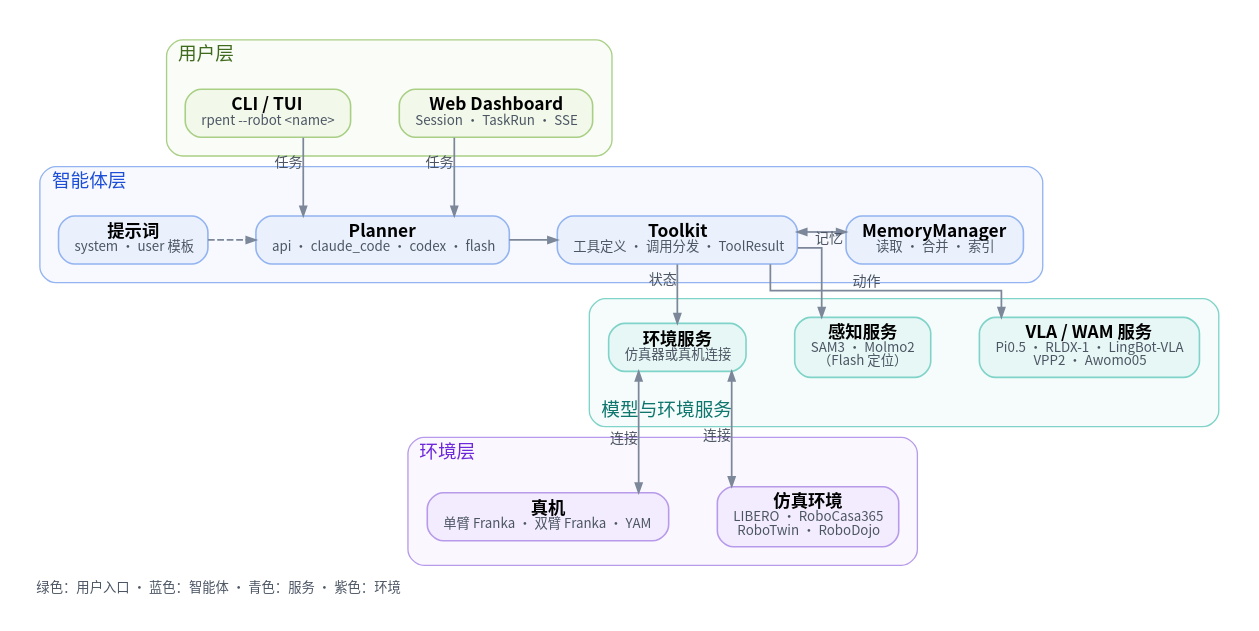
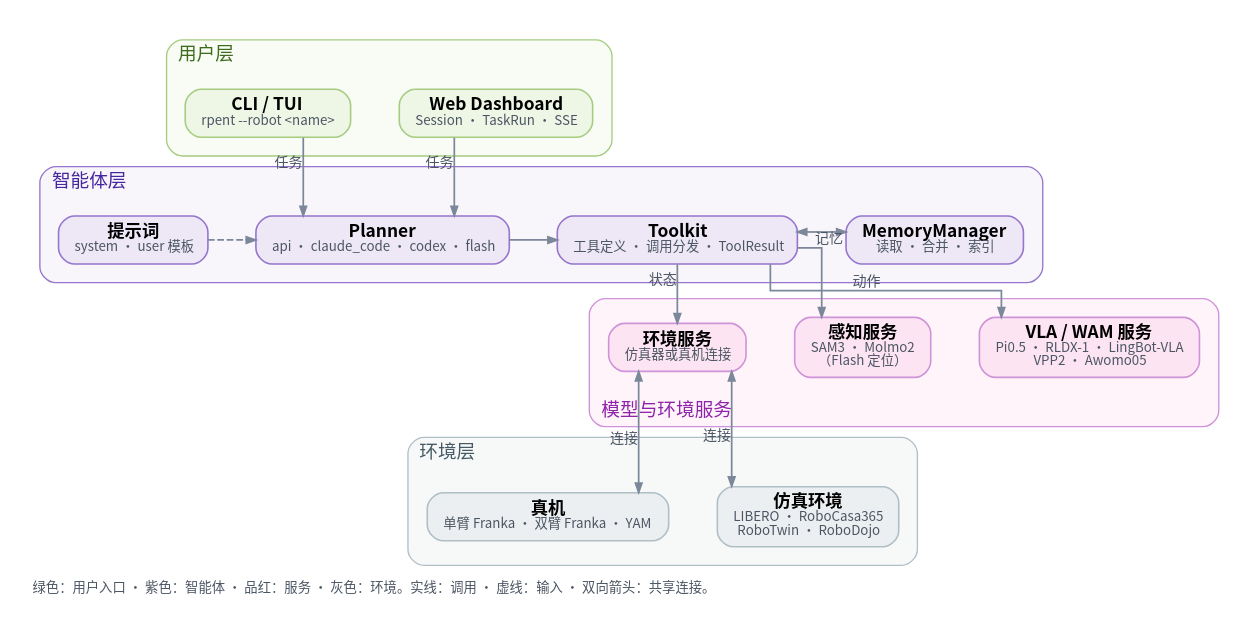
Before and after one commit to qurakchin/RPent: the diagram in docs/_diagrams/architecture-zh.dot, drawn with Graphviz. The commit also changed 91 other files, not shown here.

```diff
--- a/docs/_diagrams/architecture-zh.dot
+++ b/docs/_diagrams/architecture-zh.dot
@@ -1,64 +1,64 @@
 digraph architecture {
   graph [rankdir=TB, splines=ortho, nodesep=0.50, ranksep=0.55, pad=0.20,
          newrank=true, fontname="Hiragino Sans GB,Noto Sans CJK SC,sans-serif", bgcolor="white",
-         label="绿色：用户入口 · 蓝色：智能体 · 青色：服务 · 紫色：环境", labelloc="b", labeljust="l", fontsize=10,
+         label="绿色：用户入口 · 紫色：智能体 · 品红：服务 · 灰色：环境。实线：调用 · 虚线：输入 · 双向箭头：共享连接。", labelloc="b", labeljust="l", fontsize=10,
          fontcolor="#4b5563"];
   node [shape=box, style="rounded,filled", fontname="Hiragino Sans GB,Noto Sans CJK SC,sans-serif", fontsize=12,
         margin="0.16,0.09", penwidth=1.2];
   edge [color="#7c889a", penwidth=1.3, arrowsize=0.7, fontname="Hiragino Sans GB,Noto Sans CJK SC,sans-serif",
         fontsize=10.5, fontcolor="#4b5563"];
 
   subgraph cluster_user {
     label="用户层"; labeljust="l"; labelloc="t";
     fontsize=14; margin=14;
     fontcolor="#3f6b1f"; style="rounded,filled";
-    fillcolor="#f2f8ea66"; color="#a9cf85";
+    fillcolor="#eef7e666"; color="#a5cc7f";
 {rank=same; dashboard; cli;}
-  dashboard [label=<<FONT POINT-SIZE="13"><B>Web Dashboard</B></FONT><BR/><FONT POINT-SIZE="10" COLOR="#4b5563">Session · TaskRun · SSE</FONT>>, fillcolor="#f2f8ea", color="#a9cf85"];
-  cli [label=<<FONT POINT-SIZE="13"><B>CLI / TUI</B></FONT><BR/><FONT POINT-SIZE="10" COLOR="#4b5563">rpent --robot &lt;name&gt;</FONT>>, fillcolor="#f2f8ea", color="#a9cf85"];
+  dashboard [label=<<FONT POINT-SIZE="13"><B>Web Dashboard</B></FONT><BR/><FONT POINT-SIZE="10" COLOR="#4b5563">Session · TaskRun · SSE</FONT>>, fillcolor="#eef7e6", color="#a5cc7f"];
+  cli [label=<<FONT POINT-SIZE="13"><B>CLI / TUI</B></FONT><BR/><FONT POINT-SIZE="10" COLOR="#4b5563">rpent --robot &lt;name&gt;</FONT>>, fillcolor="#eef7e6", color="#a5cc7f"];
   }
 
   subgraph cluster_agent {
     label="智能体层"; labeljust="l"; labelloc="t";
     fontsize=14; margin=14;
-    fontcolor="#1d4ed8"; style="rounded,filled";
-    fillcolor="#eaf1fd66"; color="#93b4f0";
+    fontcolor="#4527a0"; style="rounded,filled";
+    fillcolor="#ede7f666"; color="#9575cd";
 {rank=same; prompts; planner; toolkit; memory;}
-  prompts [label=<<FONT POINT-SIZE="13"><B>提示词</B></FONT><BR/><FONT POINT-SIZE="10" COLOR="#4b5563">system · user 模板</FONT>>, fillcolor="#eaf1fd", color="#93b4f0"];
-  planner [label=<<FONT POINT-SIZE="13"><B>Planner</B></FONT><BR/><FONT POINT-SIZE="10" COLOR="#4b5563">api · claude_code · codex · flash</FONT>>, fillcolor="#eaf1fd", color="#93b4f0"];
-  toolkit [label=<<FONT POINT-SIZE="13"><B>Toolkit</B></FONT><BR/><FONT POINT-SIZE="10" COLOR="#4b5563">工具定义 · 调用分发 · ToolResult</FONT>>, fillcolor="#eaf1fd", color="#93b4f0", group=spine];
-  memory [label=<<FONT POINT-SIZE="13"><B>MemoryManager</B></FONT><BR/><FONT POINT-SIZE="10" COLOR="#4b5563">读取 · 合并 · 索引</FONT>>, fillcolor="#eaf1fd", color="#93b4f0"];
+  prompts [label=<<FONT POINT-SIZE="13"><B>提示词</B></FONT><BR/><FONT POINT-SIZE="10" COLOR="#4b5563">system · user 模板</FONT>>, fillcolor="#ede7f6", color="#9575cd"];
+  planner [label=<<FONT POINT-SIZE="13"><B>Planner</B></FONT><BR/><FONT POINT-SIZE="10" COLOR="#4b5563">api · claude_code · codex · flash</FONT>>, fillcolor="#ede7f6", color="#9575cd"];
+  toolkit [label=<<FONT POINT-SIZE="13"><B>Toolkit</B></FONT><BR/><FONT POINT-SIZE="10" COLOR="#4b5563">工具定义 · 调用分发 · ToolResult</FONT>>, fillcolor="#ede7f6", color="#9575cd", group=spine];
+  memory [label=<<FONT POINT-SIZE="13"><B>MemoryManager</B></FONT><BR/><FONT POINT-SIZE="10" COLOR="#4b5563">读取 · 合并 · 索引</FONT>>, fillcolor="#ede7f6", color="#9575cd"];
   }
 
   subgraph cluster_service {
     label="模型与环境服务"; labeljust="l"; labelloc="b";
     fontsize=14; margin=14;
-    fontcolor="#0f766e"; style="rounded,filled";
-    fillcolor="#e7f7f566"; color="#7fd3c8";
+    fontcolor="#8e24aa"; style="rounded,filled";
+    fillcolor="#fce4f266"; color="#ce93d8";
 {rank=same; vla; perception; env_service;}
-  vla [label=<<FONT POINT-SIZE="13"><B>VLA / WAM 服务</B></FONT><BR/><FONT POINT-SIZE="10" COLOR="#4b5563">Pi0.5 · RLDX-1 · LingBot-VLA<BR/>VPP2 · Awomo05</FONT>>, fillcolor="#e7f7f5", color="#7fd3c8"];
-  perception [label=<<FONT POINT-SIZE="13"><B>感知服务</B></FONT><BR/><FONT POINT-SIZE="10" COLOR="#4b5563">SAM3 · Molmo2<BR/>（Flash 定位）</FONT>>, fillcolor="#e7f7f5", color="#7fd3c8"];
-  env_service [label=<<FONT POINT-SIZE="13"><B>环境服务</B></FONT><BR/><FONT POINT-SIZE="10" COLOR="#4b5563">仿真器或真机连接</FONT>>, fillcolor="#e7f7f5", color="#7fd3c8", group=spine];
+  vla [label=<<FONT POINT-SIZE="13"><B>VLA / WAM 服务</B></FONT><BR/><FONT POINT-SIZE="10" COLOR="#4b5563">Pi0.5 · RLDX-1 · LingBot-VLA<BR/>VPP2 · Awomo05</FONT>>, fillcolor="#fce4f2", color="#ce93d8"];
+  perception [label=<<FONT POINT-SIZE="13"><B>感知服务</B></FONT><BR/><FONT POINT-SIZE="10" COLOR="#4b5563">SAM3 · Molmo2<BR/>（Flash 定位）</FONT>>, fillcolor="#fce4f2", color="#ce93d8"];
+  env_service [label=<<FONT POINT-SIZE="13"><B>环境服务</B></FONT><BR/><FONT POINT-SIZE="10" COLOR="#4b5563">仿真器或真机连接</FONT>>, fillcolor="#fce4f2", color="#ce93d8", group=spine];
   }
 
   subgraph cluster_env {
     label="环境层"; labeljust="l"; labelloc="t";
     fontsize=14; margin=14;
-    fontcolor="#6d28d9"; style="rounded,filled";
-    fillcolor="#f3ecfe66"; color="#b79bea";
+    fontcolor="#455a64"; style="rounded,filled";
+    fillcolor="#eceff166"; color="#b0bec5";
 {rank=same; sims; real;}
-  sims [label=<<FONT POINT-SIZE="13"><B>仿真环境</B></FONT><BR/><FONT POINT-SIZE="10" COLOR="#4b5563">LIBERO · RoboCasa365<BR/>RoboTwin · RoboDojo</FONT>>, fillcolor="#f3ecfe", color="#b79bea"];
-  real [label=<<FONT POINT-SIZE="13"><B>真机</B></FONT><BR/><FONT POINT-SIZE="10" COLOR="#4b5563">单臂 Franka · 双臂 Franka · YAM</FONT>>, fillcolor="#f3ecfe", color="#b79bea"];
+  sims [label=<<FONT POINT-SIZE="13"><B>仿真环境</B></FONT><BR/><FONT POINT-SIZE="10" COLOR="#4b5563">LIBERO · RoboCasa365<BR/>RoboTwin · RoboDojo</FONT>>, fillcolor="#eceff1", color="#b0bec5"];
+  real [label=<<FONT POINT-SIZE="13"><B>真机</B></FONT><BR/><FONT POINT-SIZE="10" COLOR="#4b5563">单臂 Franka · 双臂 Franka · YAM</FONT>>, fillcolor="#eceff1", color="#b0bec5"];
   }
 
   dashboard -> planner [xlabel="任务"];
   cli -> planner [xlabel="任务"];
   prompts -> planner [style=dashed];
   planner -> toolkit;
   toolkit -> memory [dir=both, xlabel="记忆"];
   toolkit -> vla [xlabel="动作"];
   toolkit -> perception;
   toolkit -> env_service [xlabel="状态"];
   env_service -> sims [dir=both, xlabel="连接"];
   env_service -> real [dir=both, xlabel="连接"];
 }
```
